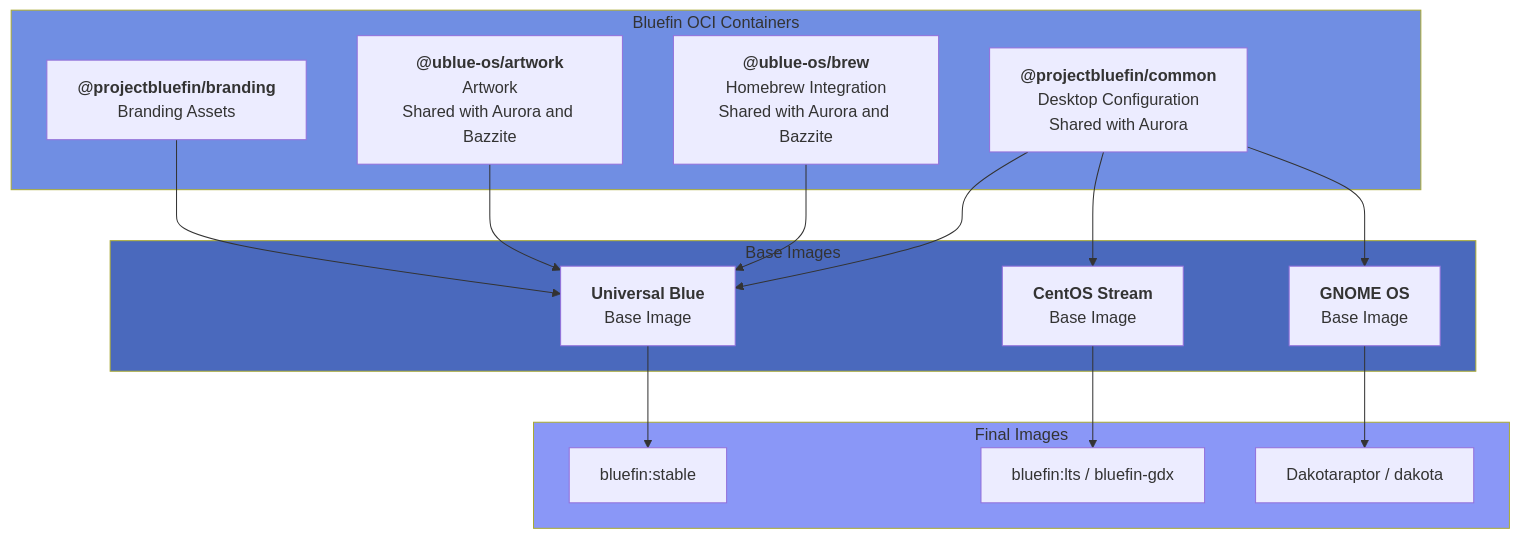
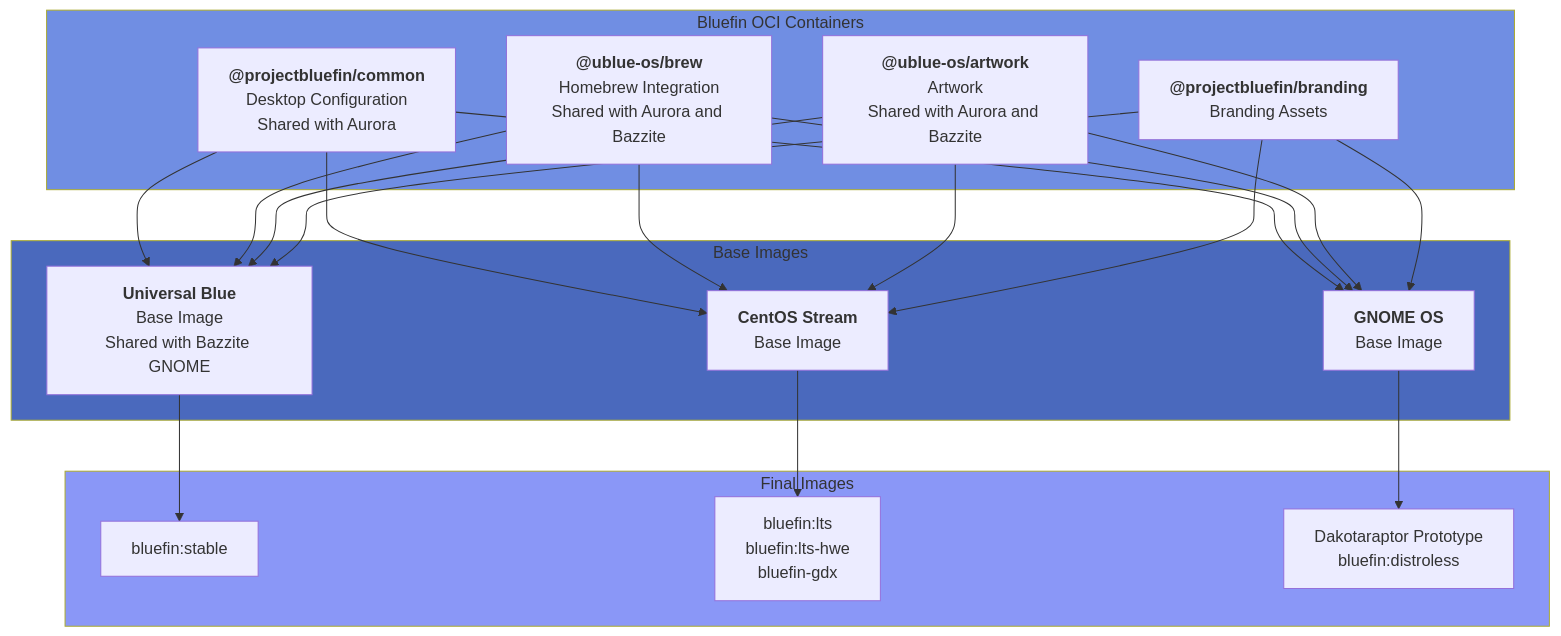
The diagram in docs/contributing.md (projectbluefin/documentation), drawn with Mermaid before and after one commit. The commit also changed other lines of this file and 1 other file, not shown here.

````diff
--- a/docs/contributing.md
+++ b/docs/contributing.md
@@ -38,35 +94,45 @@
 ```mermaid
 flowchart TB
     subgraph oci["Bluefin OCI Containers"]
         common["<strong>@projectbluefin/common</strong><br/>Desktop Configuration<br/>Shared with Aurora"]
         brew["<strong>@ublue-os/brew</strong><br/>Homebrew Integration<br/>Shared with Aurora and Bazzite"]
         artwork["<strong>@ublue-os/artwork</strong><br/>Artwork<br/>Shared with Aurora and Bazzite"]
         branding["<strong>@projectbluefin/branding</strong><br/>Branding Assets"]
     end
-
+    
     subgraph base["Base Images"]
-        ublue["<strong>Universal Blue</strong><br/>Base Image"]
+        ublue["<strong>Universal Blue</strong><br/>Base Image<br/>Shared with Bazzite GNOME"]
         centos["<strong>CentOS Stream</strong><br/>Base Image"]
         gnome_base["<strong>GNOME OS</strong><br/>Base Image"]
     end
-
+    
     subgraph images["Final Images"]
         bluefin["bluefin:stable"]
-        lts["bluefin:lts / bluefin-gdx"]
-        distroless["Dakotaraptor / dakota"]
+        lts["bluefin:lts<br/>bluefin:lts-hwe<br/>bluefin-gdx"]
+        distroless["Dakotaraptor Prototype<br/>bluefin:distroless"]
     end
-
+    
     common --> ublue
     common --> centos
     common --> gnome_base
+    
     brew --> ublue
+    brew --> centos
+    brew --> gnome_base
+    
     artwork --> ublue
+    artwork --> centos
+    artwork --> gnome_base
+    
     branding --> ublue
+    branding --> centos
+    branding --> gnome_base
+    
     ublue --> bluefin
     centos --> lts
     gnome_base --> distroless
-
+    
     style oci fill:#708ee3
     style base fill:#4a69bd
     style images fill:#8a97f7
 ```
````
